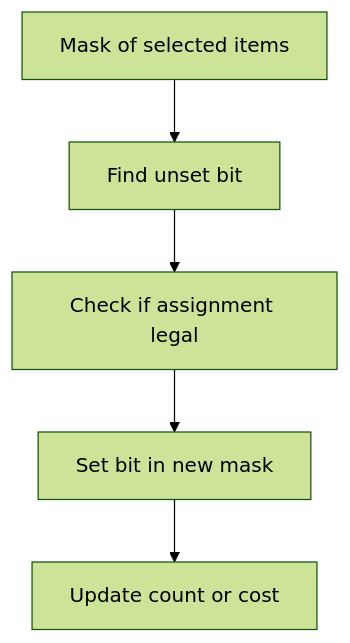
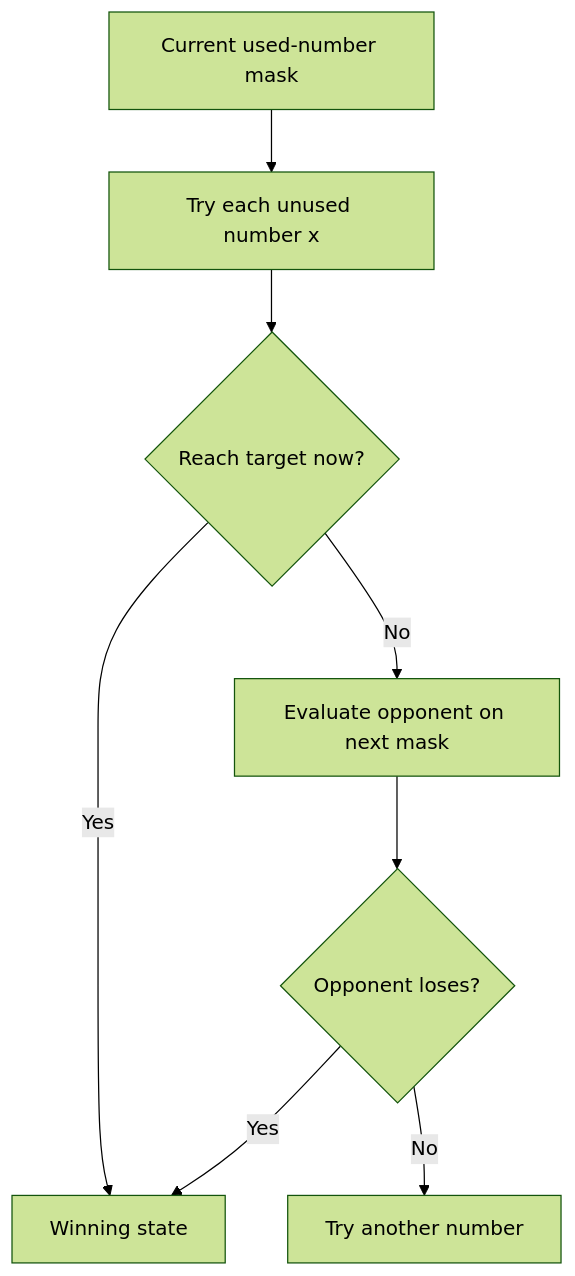
Before and after one commit to gaurav1kr/Miscellaneous: the diagram in DSA/DP/DP_Mathematics_Master_Guide_Illustrated/Theory/Chapter-09.md, drawn with Mermaid (forest theme). The commit also changed other lines of this file and 320 other files, not shown here.

````diff
--- a/DSA/DP/DP_Mathematics_Master_Guide_Illustrated/Theory/Chapter-09.md
+++ b/DSA/DP/DP_Mathematics_Master_Guide_Illustrated/Theory/Chapter-09.md
@@ -17,7 +25,10 @@
 ```mermaid
 flowchart TD
- A["Mask of selected items"] --> B["Find unset bit"]
- B --> C["Check if assignment legal"]
- C --> D["Set bit in new mask"]
- D --> E["Update count or cost"]
+ A["Current used-number mask"] --> B["Try each unused number x"]
+ B --> C{"Reach target now?"}
+ C -->|Yes| D["Winning state"]
+ C -->|No| E["Evaluate opponent on next mask"]
+ E --> F{"Opponent loses?"}
+ F -->|Yes| D
+ F -->|No| G["Try another number"]
 ```
````
